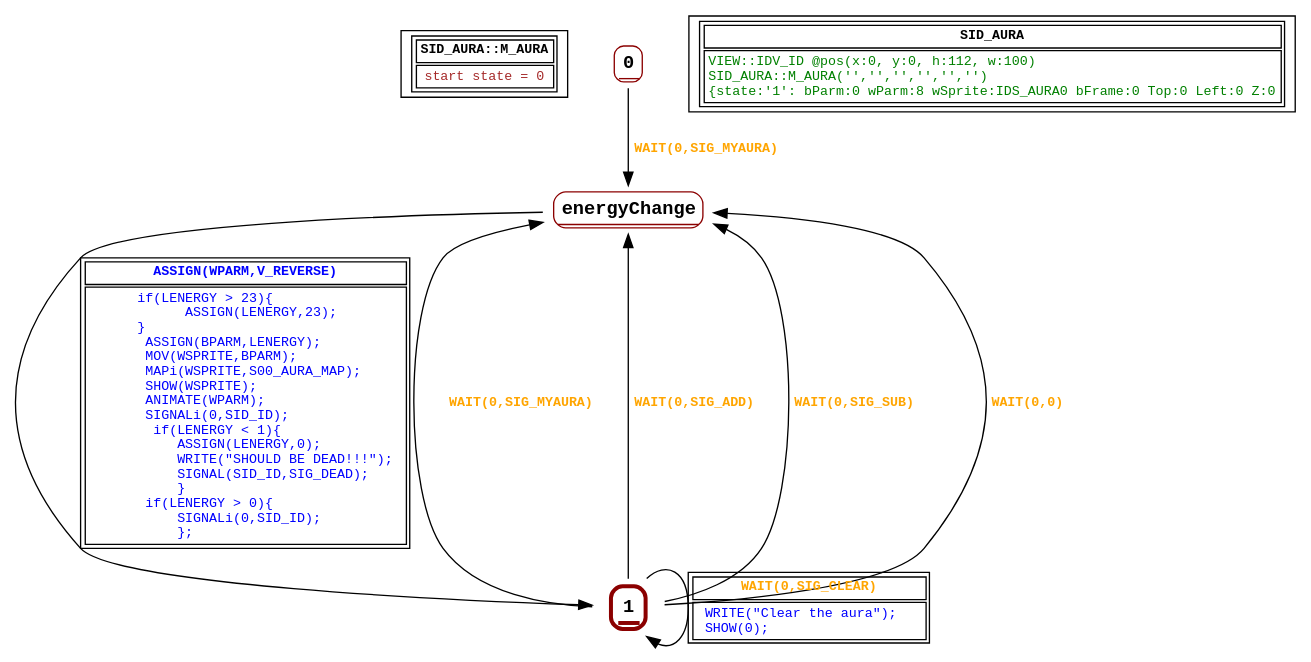
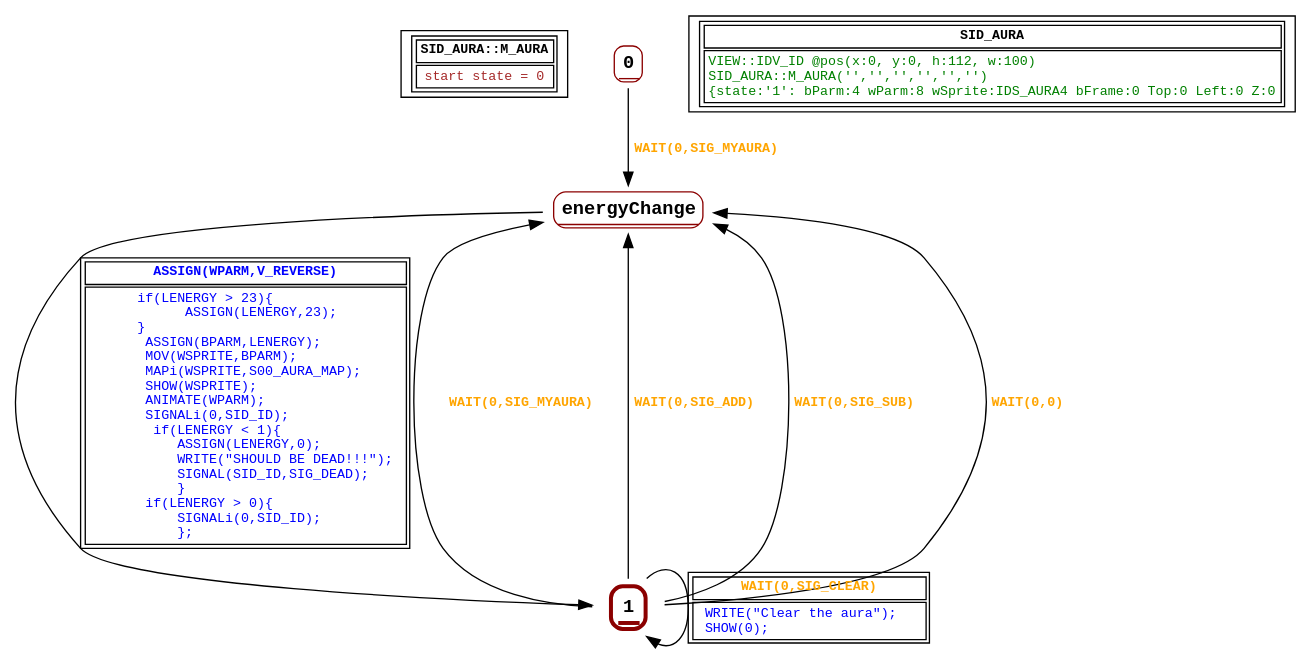
One commit to guy-stewart/AzariaCD changed the diagram in graphs/SID_AURA.dot. Above: the diagram before and after it, drawn with Graphviz. The commit also changed 16 other files, not shown here.

```diff
--- a/graphs/SID_AURA.dot
+++ b/graphs/SID_AURA.dot
@@ -1,37 +1,37 @@
 digraph Automaton {
  fontname="Courier New"
 	node [shape=oval, fontname="Courier New"];
 	filename[shape = record, fontsize=10, label=< <table border="1"><tr><td><b>SID_AURA::M_AURA<br align="left"/></b></td></tr>
 <tr><td><font point-size="10" color ="brown">start state = 0<br align="left"/></font></td></tr></table>>
 ];
 	0[shape = none, fontsize=14, label=< <table border="1" color="darkred" style="rounded"><tr><td sides="b"><b>0<br align="left"/></b></td></tr>
 </table>>];
 "0" -> "energyChange" [fontcolor=orange,fontsize=10,fontname="Courier New", label=< <table border="0"><tr><td><b>WAIT(0,SIG_MYAURA)<br align="left"/></b></td></tr>
 </table>>
 ];
 	1[shape = none, fontsize=14, label=< <table border="3" color="darkred" style="rounded"><tr><td sides="b"><b>1<br align="left"/></b></td></tr>
 </table>>];
 "1" -> "energyChange" [fontcolor=orange,fontsize=10,fontname="Courier New", label=< <table border="0"><tr><td><b>WAIT(0,SIG_MYAURA)<br align="left"/></b></td></tr>
 </table>>
 ];
 "1" -> "energyChange" [fontcolor=orange,fontsize=10,fontname="Courier New", label=< <table border="0"><tr><td><b>WAIT(0,SIG_ADD)<br align="left"/></b></td></tr>
 </table>>
 ];
 "1" -> "energyChange" [fontcolor=orange,fontsize=10,fontname="Courier New", label=< <table border="0"><tr><td><b>WAIT(0,SIG_SUB)<br align="left"/></b></td></tr>
 </table>>
 ];
 "1" -> "1" [fontcolor=orange,fontsize=10,fontname="Courier New", label=< <table border="1"><tr><td><b>WAIT(0,SIG_CLEAR)<br align="left"/></b></td></tr>
 <tr><td><font point-size="10" color ="blue">  WRITE(&quot;Clear the aura&quot;);  <br align="left"/>  SHOW(0);<br align="left"/></font></td></tr></table>>
 ];
 "1" -> "energyChange" [fontcolor=orange,fontsize=10,fontname="Courier New", label=< <table border="0"><tr><td><b>WAIT(0,0)<br align="left"/></b></td></tr>
 </table>>
 ];
 	energyChange[shape = none, fontsize=14, label=< <table border="1" color="darkred" style="rounded"><tr><td sides="b"><b>energyChange<br align="left"/></b></td></tr>
 </table>>];
 "energyChange" -> "1" [fontcolor=blue,fontsize=10,fontname="Courier New", label=< <table border="1"><tr><td><b>ASSIGN(WPARM,V_REVERSE)<br align="left"/></b></td></tr>
 <tr><td><font point-size="10" color ="blue">       if(LENERGY &gt; 23)&#123;<br align="left"/>             ASSIGN(LENERGY,23);<br align="left"/>       &#125;<br align="left"/>        ASSIGN(BPARM,LENERGY);<br align="left"/>        MOV(WSPRITE,BPARM);<br align="left"/>        MAPi(WSPRITE,S00_AURA_MAP);<br align="left"/>        SHOW(WSPRITE);<br align="left"/>        ANIMATE(WPARM);<br align="left"/>        SIGNALi(0,SID_ID);<br align="left"/>         if(LENERGY &lt; 1)&#123;<br align="left"/>            ASSIGN(LENERGY,0);<br align="left"/>            WRITE(&quot;SHOULD BE DEAD!!!&quot;);<br align="left"/>            SIGNAL(SID_ID,SIG_DEAD);<br align="left"/>            &#125;<br align="left"/>        if(LENERGY &gt; 0)&#123;<br align="left"/>            SIGNALi(0,SID_ID);<br align="left"/>            &#125;;  <br align="left"/></font></td></tr></table>>
 ];
 	status[shape = record, fontsize=10, label=< <table border="1"><tr><td><b>SID_AURA<br align="left"/></b></td></tr>
-<tr><td><font point-size="10" color ="green">VIEW::IDV_ID @pos(x:0, y:0, h:112, w:100)<br align="left"/>SID_AURA::M_AURA(&apos;&apos;,&apos;&apos;,&apos;&apos;,&apos;&apos;,&apos;&apos;,&apos;&apos;)<br align="left"/>			&#123;state:&apos;1&apos;: bParm:0 wParm:8 wSprite:IDS_AURA0 bFrame:0 Top:0 Left:0 Z:0<br align="left"/></font></td></tr></table>>
+<tr><td><font point-size="10" color ="green">VIEW::IDV_ID @pos(x:0, y:0, h:112, w:100)<br align="left"/>SID_AURA::M_AURA(&apos;&apos;,&apos;&apos;,&apos;&apos;,&apos;&apos;,&apos;&apos;,&apos;&apos;)<br align="left"/>			&#123;state:&apos;1&apos;: bParm:4 wParm:8 wSprite:IDS_AURA4 bFrame:0 Top:0 Left:0 Z:0<br align="left"/></font></td></tr></table>>
 ];
 }
```
